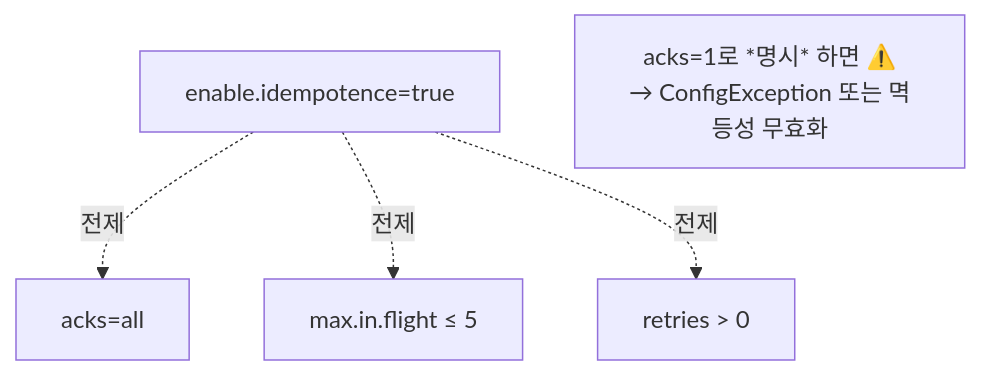
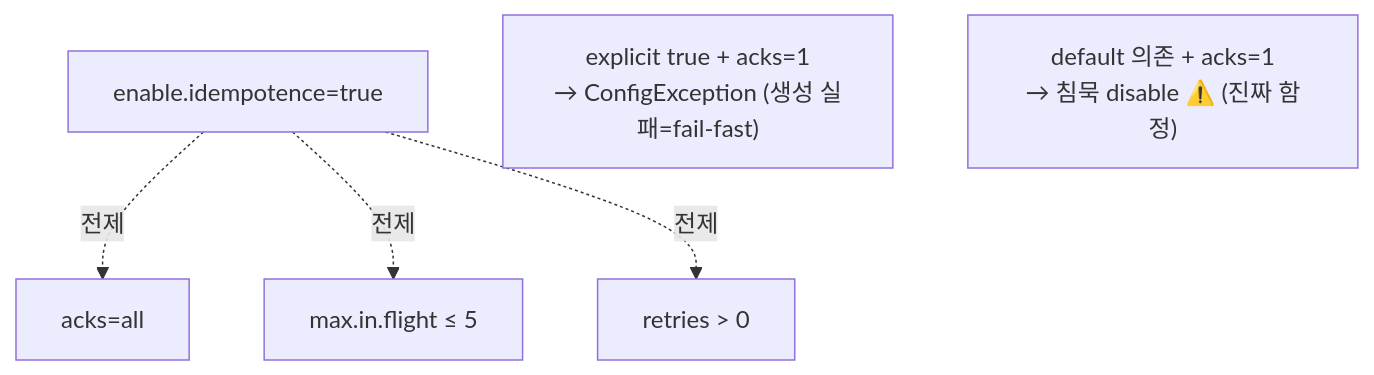
One commit to ghtjr410/kafka-lab changed the diagram in docs/book/2-spring/09-config-combination-traps.md. Above: the diagram before and after it, drawn with Mermaid. The commit also changed other lines of this file and 1 other file, not shown here.

````diff
--- a/docs/book/2-spring/09-config-combination-traps.md
+++ b/docs/book/2-spring/09-config-combination-traps.md
@@ -17,7 +17,8 @@
 ```mermaid
 graph TB
     IDEM["enable.idempotence=true"] -.전제.-> A["acks=all"]
     IDEM -.전제.-> M["max.in.flight ≤ 5"]
     IDEM -.전제.-> R["retries > 0"]
-    BREAK["acks=1로 *명시* 하면 ⚠️<br/>→ ConfigException 또는 멱등성 무효화"]
+    EX["explicit true + acks=1<br/>→ ConfigException (생성 실패=fail-fast)"]
+    SD["default 의존 + acks=1<br/>→ 침묵 disable ⚠️ (진짜 함정)"]
 ```
````
